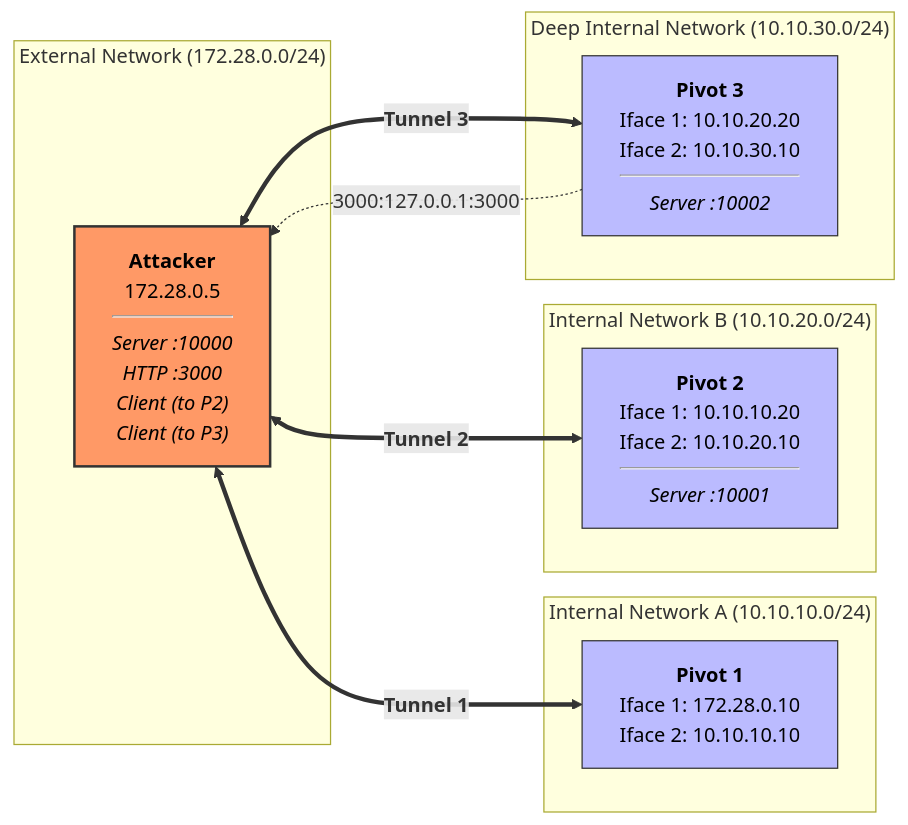
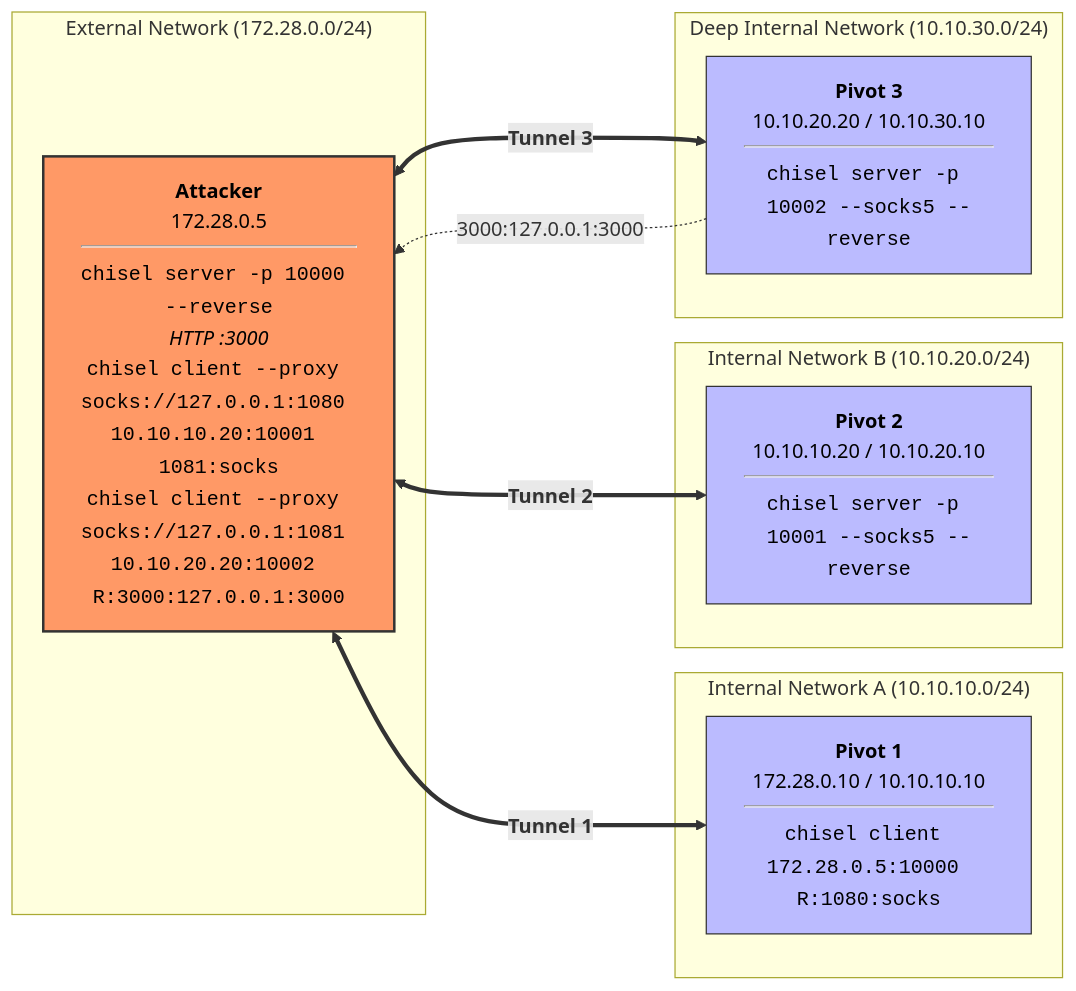
Before and after one commit to remiotore/pivoting-with-chisel-lab: the sixth of 6 diagrams in README.md, drawn with Mermaid. The commit also changed other lines of this file, not shown here.

Commit message:
Included commands in mermaid graph

````diff
--- a/README.md
+++ b/README.md
@@ -335,30 +335,30 @@
 ```mermaid
 %%{init: {'themeVariables': { 'primaryTextColor': '#000', 'secondaryTextColor': '#000', 'tertiaryTextColor': '#000' }}}%%
 graph LR
     subgraph "External Network (172.28.0.0/24)"
-        A["<b>Attacker</b><br/>172.28.0.5<br/><hr/><i>Server :10000</i><br/><i>HTTP :3000</i><br/><i>Client (to P2)</i><br/><i>Client (to P3)</i>"]
+        A["<b>Attacker</b><br/>172.28.0.5<br/><hr/><code>chisel server -p 10000 --reverse</code><br/><i>HTTP :3000</i><br/><code>chisel client --proxy socks://127.0.0.1:1080 10.10.10.20:10001 1081:socks</code><br/><code>chisel client --proxy socks://127.0.0.1:1081 10.10.20.20:10002 R:3000:127.0.0.1:3000</code>"]
     end
 
     subgraph "Internal Network A (10.10.10.0/24)"
-        P1["<b>Pivot 1</b><br/>Iface 1: 172.28.0.10<br/>Iface 2: 10.10.10.10"]
+        P1["<b>Pivot 1</b><br/>172.28.0.10 / 10.10.10.10<br/><hr/><code>chisel client 172.28.0.5:10000 R:1080:socks</code>"]
     end
 
     subgraph "Internal Network B (10.10.20.0/24)"
-        P2["<b>Pivot 2</b><br/>Iface 1: 10.10.10.20<br/>Iface 2: 10.10.20.10<br/><hr/><i>Server :10001</i>"]
+        P2["<b>Pivot 2</b><br/>10.10.10.20 / 10.10.20.10<br/><hr/><code>chisel server -p 10001 --socks5 --reverse</code>"]
     end
 
     subgraph "Deep Internal Network (10.10.30.0/24)"
-        P3["<b>Pivot 3</b><br/>Iface 1: 10.10.20.20<br/>Iface 2: 10.10.30.10<br/><hr/><i>Server :10002</i>"]
+        P3["<b>Pivot 3</b><br/>10.10.20.20 / 10.10.30.10<br/><hr/><code>chisel server -p 10002 --socks5 --reverse</code>"]
     end
 
     A <== "<b>Tunnel 1</b>" ==> P1
     A <== "<b>Tunnel 2</b>" ==> P2
     A <== "<b>Tunnel 3</b>" ==> P3
 
     P3 -. "3000:127.0.0.1:3000" .-> A
 
     style A fill:#f96,stroke:#333,stroke-width:2px,color:#000
     style P1 fill:#bbf,stroke:#333,color:#000
     style P2 fill:#bbf,stroke:#333,color:#000
     style P3 fill:#bbf,stroke:#333,color:#000
 ```
````
